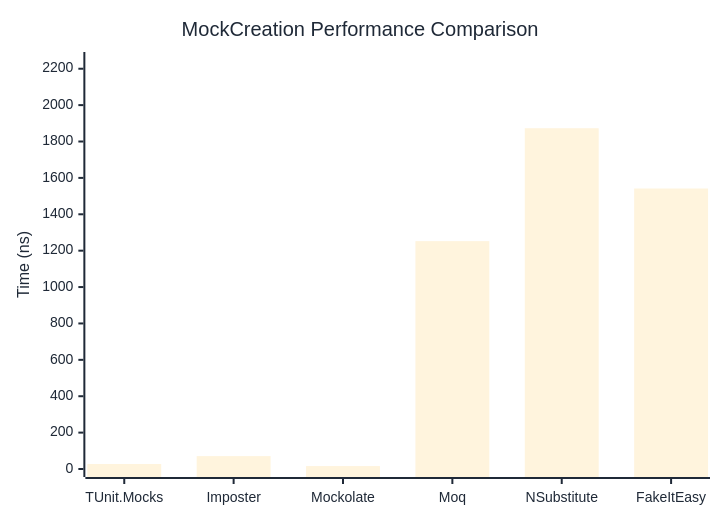
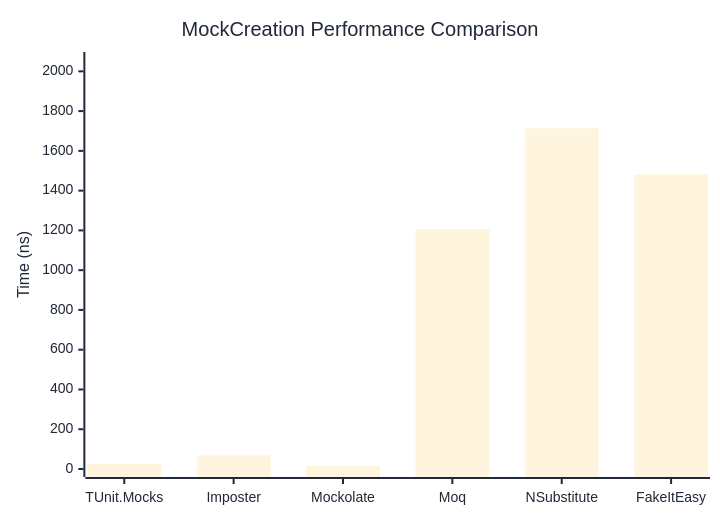
The first of 2 diagrams in docs/docs/benchmarks/mocks/MockCreation.md (thomhurst/TUnit), drawn with Mermaid before and after one commit. The commit also changed other lines of this file and 14 other files, not shown here.

````diff
--- a/docs/docs/benchmarks/mocks/MockCreation.md
+++ b/docs/docs/benchmarks/mocks/MockCreation.md
@@ -30,27 +30,27 @@
 ```mermaid
 %%{init: {
   'theme':'base',
   'themeVariables': {
     'primaryColor': '#2563eb',
     'primaryTextColor': '#1f2937',
     'primaryBorderColor': '#1e40af',
     'lineColor': '#6b7280',
     'secondaryColor': '#7c3aed',
     'tertiaryColor': '#dc2626',
     'background': '#ffffff',
     'pie1': '#2563eb',
     'pie2': '#7c3aed',
     'pie3': '#dc2626',
     'pie4': '#f59e0b',
     'pie5': '#10b981',
     'pie6': '#06b6d4',
     'pie7': '#ec4899',
     'pie8': '#6366f1'
   }
 }}%%
 xychart-beta
   title "MockCreation Performance Comparison"
   x-axis ["TUnit.Mocks", "Imposter", "Mockolate", "Moq", "NSubstitute", "FakeItEasy"]
-  y-axis "Time (ns)" 0 --> 2248
-  bar [27.37, 70.91, 16.08, 1252.38, 1873, 1541.66]
+  y-axis "Time (ns)" 0 --> 2057
+  bar [26.6, 68.65, 15.44, 1207, 1713.99, 1481.93]
 ```
````
